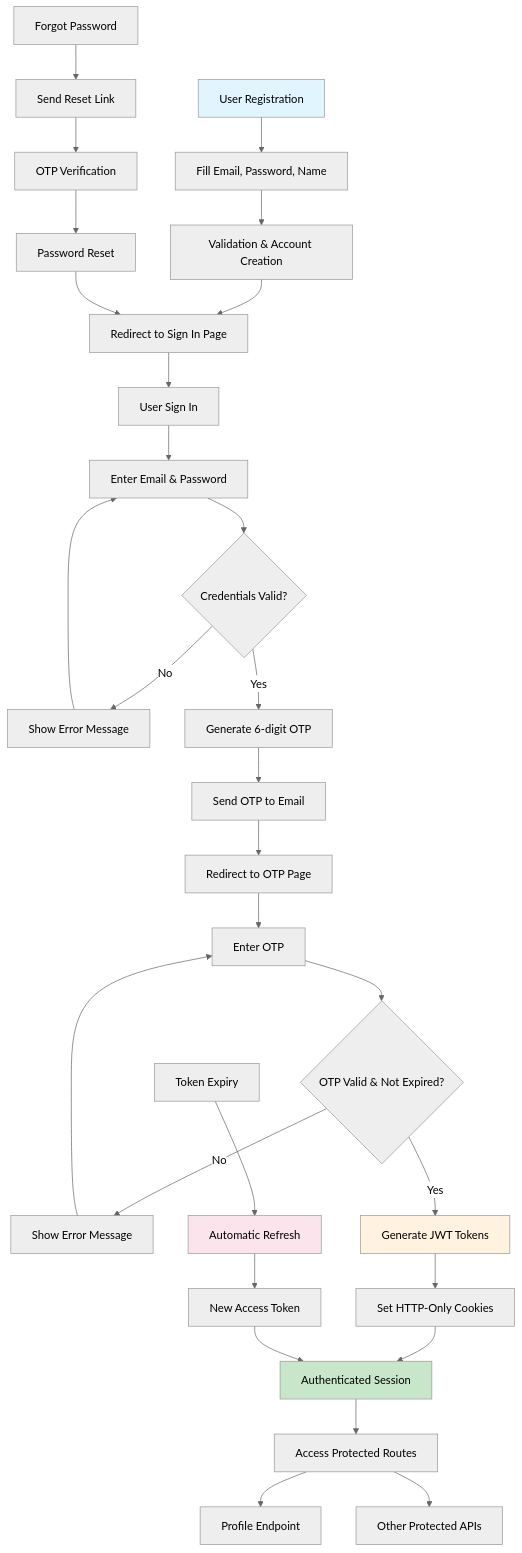
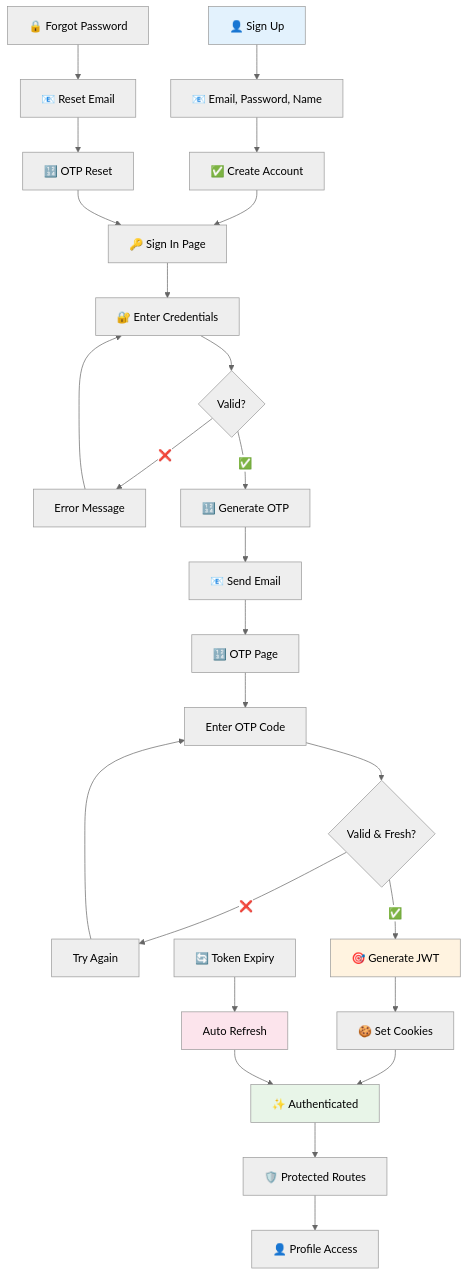
One commit to sinanptm/full-stack-template changed the diagram in README.md. Above: the diagram before and after it, drawn with Mermaid (neutral theme). The commit also changed other lines of this file, not shown here.

````diff
--- a/README.md
+++ b/README.md
@@ -195,41 +25,37 @@
 ```mermaid
 graph TB
-    A[User Registration] --> B[Fill Email, Password, Name]
-    B --> C[Validation & Account Creation]
-    C --> D[Redirect to Sign In Page]
+    A[👤 Sign Up] --> B[📧 Email, Password, Name]
+    B --> C[✅ Create Account]
+    C --> D[🔑 Sign In Page]
     
-    D --> E[User Sign In]
-    E --> F[Enter Email & Password]
-    F --> G{Credentials Valid?}
-    G -->|No| H[Show Error Message]
-    H --> F
-    G -->|Yes| I[Generate 6-digit OTP]
-    I --> J[Send OTP to Email]
-    J --> K[Redirect to OTP Page]
+    D --> E[🔐 Enter Credentials]
+    E --> F{Valid?}
+    F -->|❌| G[Error Message]
+    G --> E
+    F -->|✅| H[🔢 Generate OTP]
+    H --> I[📧 Send Email]
+    I --> J[🔢 OTP Page]
     
-    K --> L[Enter OTP]
-    L --> M{OTP Valid & Not Expired?}
-    M -->|No| N[Show Error Message]
-    N --> L
-    M -->|Yes| O[Generate JWT Tokens]
-    O --> P[Set HTTP-Only Cookies]
-    P --> Q[Authenticated Session]
+    J --> K[Enter OTP Code]
+    K --> L{Valid & Fresh?}
+    L -->|❌| M[Try Again]
+    M --> K
+    L -->|✅| N[🎯 Generate JWT]
+    N --> O[🍪 Set Cookies]
+    O --> P[✨ Authenticated]
     
-    Q --> R[Access Protected Routes]
-    R --> S[Profile Endpoint]
-    R --> T[Other Protected APIs]
+    P --> Q[🛡️ Protected Routes]
+    Q --> R[👤 Profile Access]
     
-    U[Token Expiry] --> V[Automatic Refresh]
-    V --> W[New Access Token]
-    W --> Q
+    S[🔄 Token Expiry] --> T[Auto Refresh]
+    T --> P
     
-    X[Forgot Password] --> Y[Send Reset Link]
-    Y --> Z[OTP Verification]
-    Z --> AA[Password Reset]
-    AA --> D
+    U[🔒 Forgot Password] --> V[📧 Reset Email]
+    V --> W[🔢 OTP Reset]
+    W --> D
     
-    style A fill:#e1f5fe
-    style Q fill:#c8e6c9
-    style O fill:#fff3e0
-    style V fill:#fce4ec
+    style A fill:#e3f2fd
+    style P fill:#e8f5e8
+    style N fill:#fff3e0
+    style T fill:#fce4ec
 ```
````
